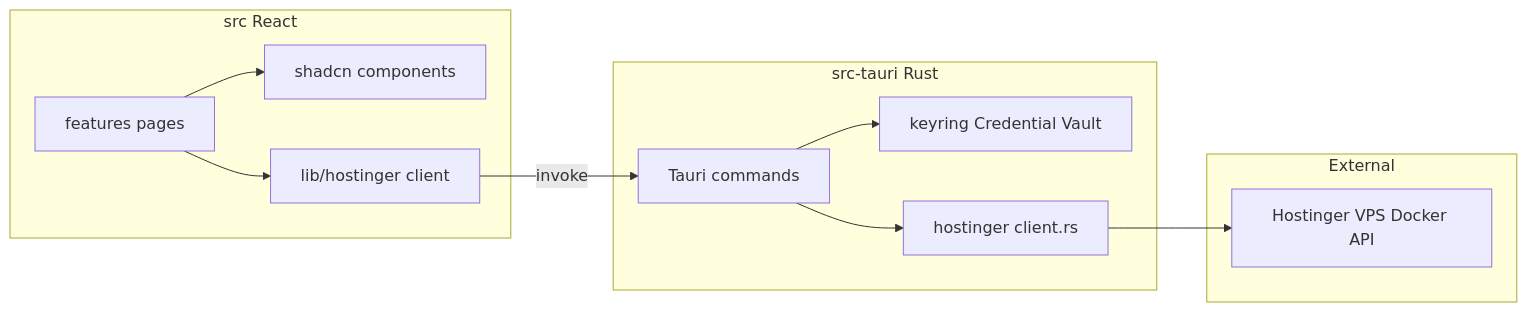
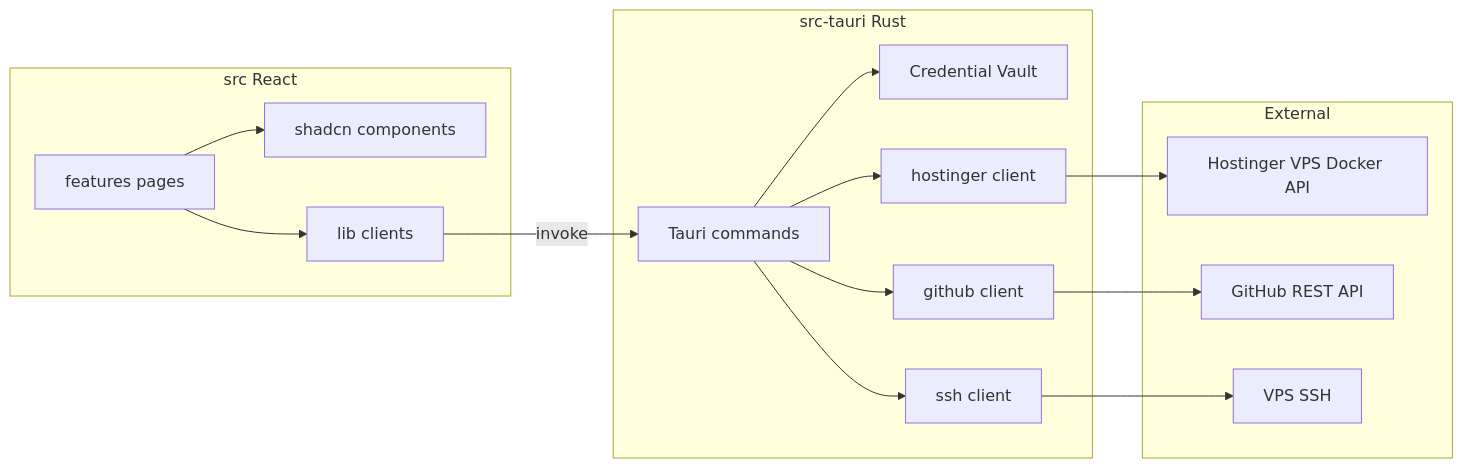
The diagram in docs/ARCHITECTURE.md (niltoncalegari/HotDeploy), drawn with Mermaid before and after one commit. The commit also changed other lines of this file and 10 other files, not shown here.

First line of the commit message:
docs(phase-7): add ADR, specs, and roadmap for GitHub CI/CD

````diff
--- a/docs/ARCHITECTURE.md
+++ b/docs/ARCHITECTURE.md
@@ -7,22 +7,30 @@
 ```mermaid
 flowchart LR
     subgraph frontend [src React]
         Pages[features pages]
         UI[shadcn components]
-        SDK[lib/hostinger client]
+        SDK[lib clients]
     end
     subgraph backend [src-tauri Rust]
         Commands[Tauri commands]
-        Vault[keyring Credential Vault]
-        Client[hostinger client.rs]
+        Vault[Credential Vault]
+        Hostinger[hostinger client]
+        GitHub[github client]
+        SSH[ssh client]
     end
     subgraph external [External]
-        API[Hostinger VPS Docker API]
+        HAPI[Hostinger VPS Docker API]
+        GAPI[GitHub REST API]
+        VPS[VPS SSH]
     end
     Pages --> UI
     Pages --> SDK
     SDK -->|invoke| Commands
     Commands --> Vault
-    Commands --> Client
-    Client --> API
+    Commands --> Hostinger
+    Commands --> GitHub
+    Commands --> SSH
+    Hostinger --> HAPI
+    GitHub --> GAPI
+    SSH --> VPS
 ```
````
